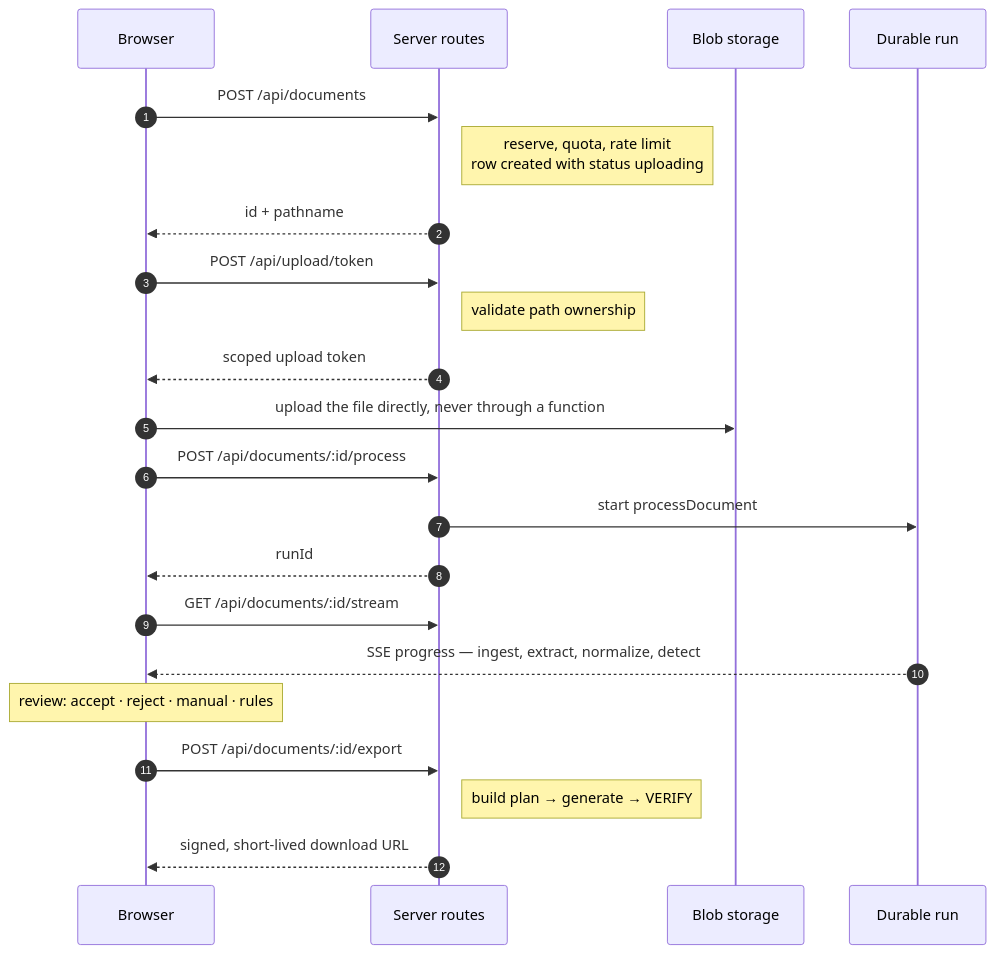
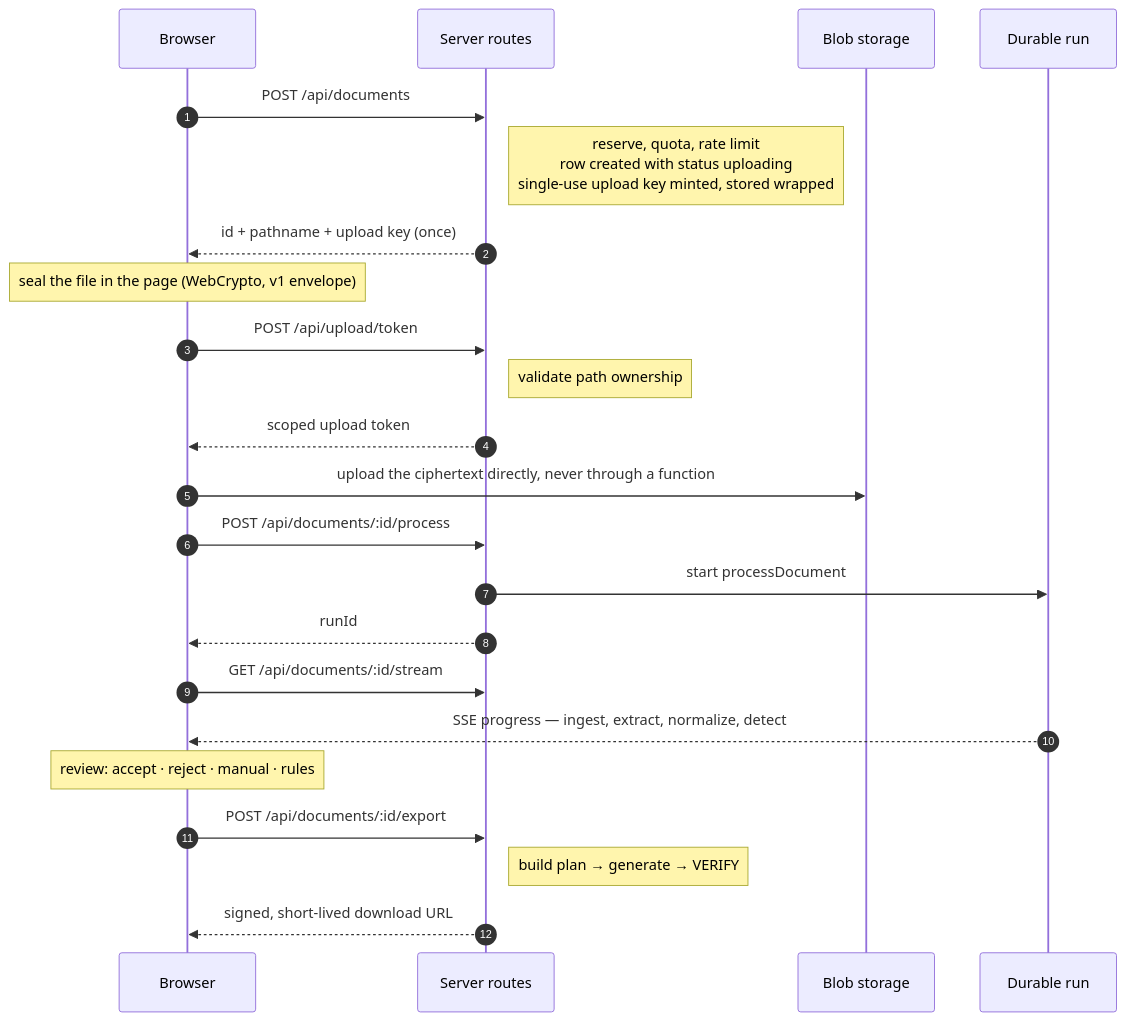
Before and after one commit to Anonify-v2-0/Anonify2.0: the second of 3 diagrams in docs/architecture.md, drawn with Mermaid. The commit also changed other lines of this file and 32 other files, not shown here.

````diff
--- a/docs/architecture.md
+++ b/docs/architecture.md
@@ -55,25 +55,26 @@
 ```mermaid
 sequenceDiagram
     autonumber
     participant B as Browser
     participant S as Server routes
     participant BL as Blob storage
     participant W as Durable run
 
     B->>S: POST /api/documents
-    Note right of S: reserve, quota, rate limit<br/>row created with status uploading
-    S-->>B: id + pathname
+    Note right of S: reserve, quota, rate limit<br/>row created with status uploading<br/>single-use upload key minted, stored wrapped
+    S-->>B: id + pathname + upload key (once)
+    Note over B: seal the file in the page (WebCrypto, v1 envelope)
     B->>S: POST /api/upload/token
     Note right of S: validate path ownership
     S-->>B: scoped upload token
-    B->>BL: upload the file directly, never through a function
+    B->>BL: upload the ciphertext directly, never through a function
     B->>S: POST /api/documents/:id/process
     S->>W: start processDocument
     S-->>B: runId
     B->>S: GET /api/documents/:id/stream
     W-->>B: SSE progress — ingest, extract, normalize, detect
     Note over B: review: accept · reject · manual · rules
     B->>S: POST /api/documents/:id/export
     Note right of S: build plan → generate → VERIFY
     S-->>B: signed, short-lived download URL
 ```
````
